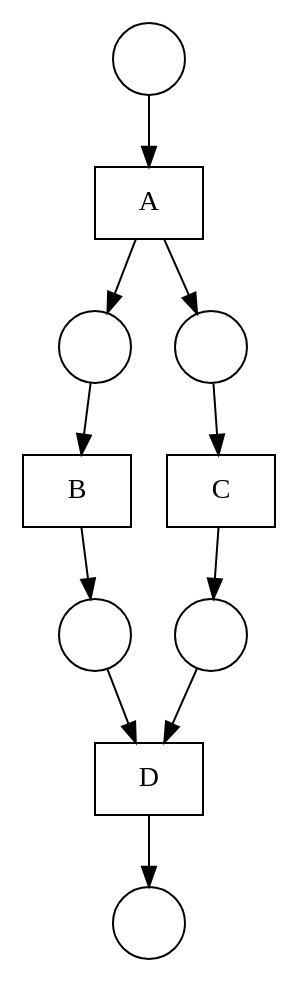
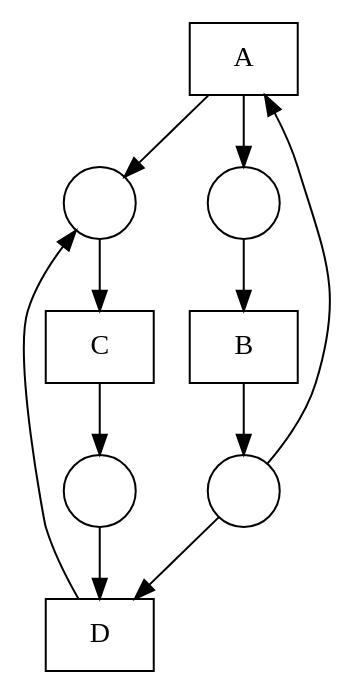
Before and after one commit to DWitek97/GeneticMiner: the diagram in nets/Fittest net.gv, drawn with Graphviz. The commit also changed 6 other files, not shown here.

```diff
--- a/nets/Fittest net.gv
+++ b/nets/Fittest net.gv
@@ -1,24 +1,22 @@
 digraph "Fittest net" {
 	node [shape=box]
 	A [label=A]
 	B [label=B]
 	C [label=C]
 	D [label=D]
 	node [shape=circle]
 	1 [label=" "]
 	2 [label=" "]
 	3 [label=" "]
 	4 [label=" "]
-	5 [label=" "]
-	6 [label=" "]
 	1 -> A
-	A -> 2
+	A -> 4
 	A -> 3
-	2 -> B
-	B -> 4
+	4 -> B
+	B -> 1
 	3 -> C
-	C -> 5
-	4 -> D
-	5 -> D
-	D -> 6
+	C -> 2
+	1 -> D
+	2 -> D
+	D -> 3
 }
```
